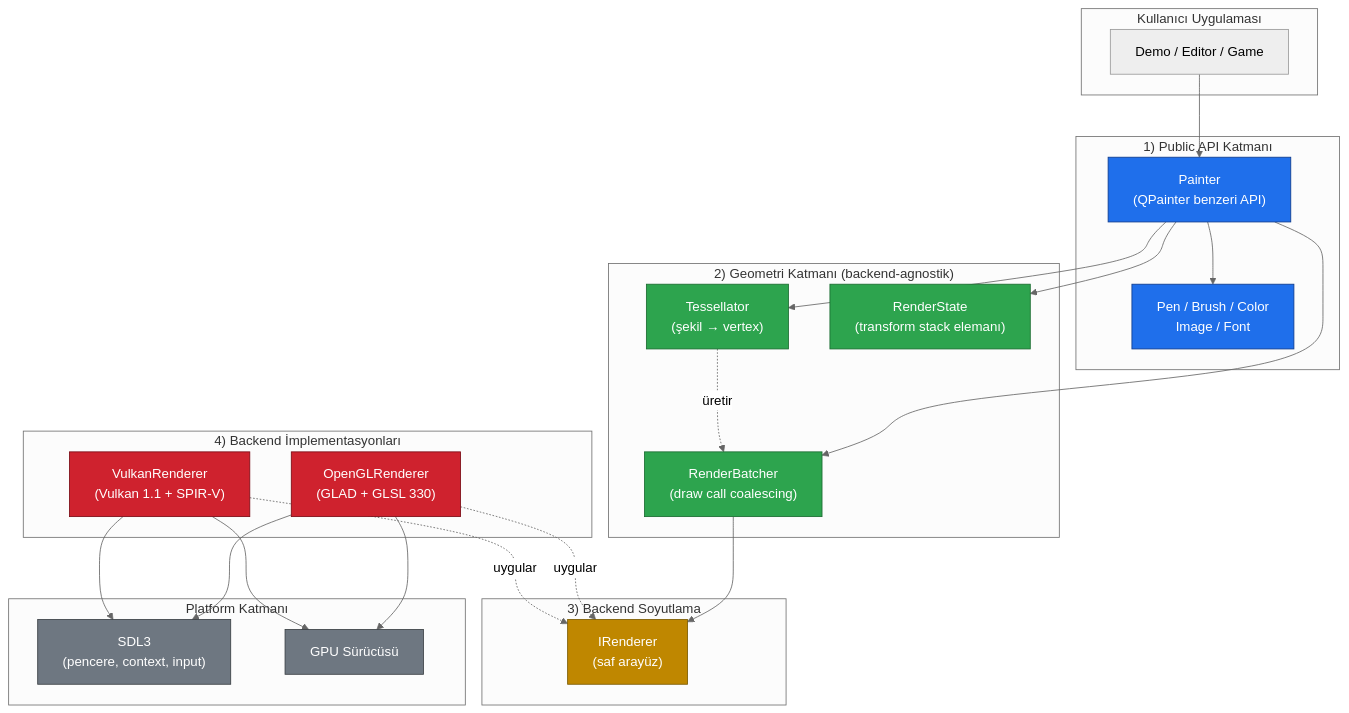
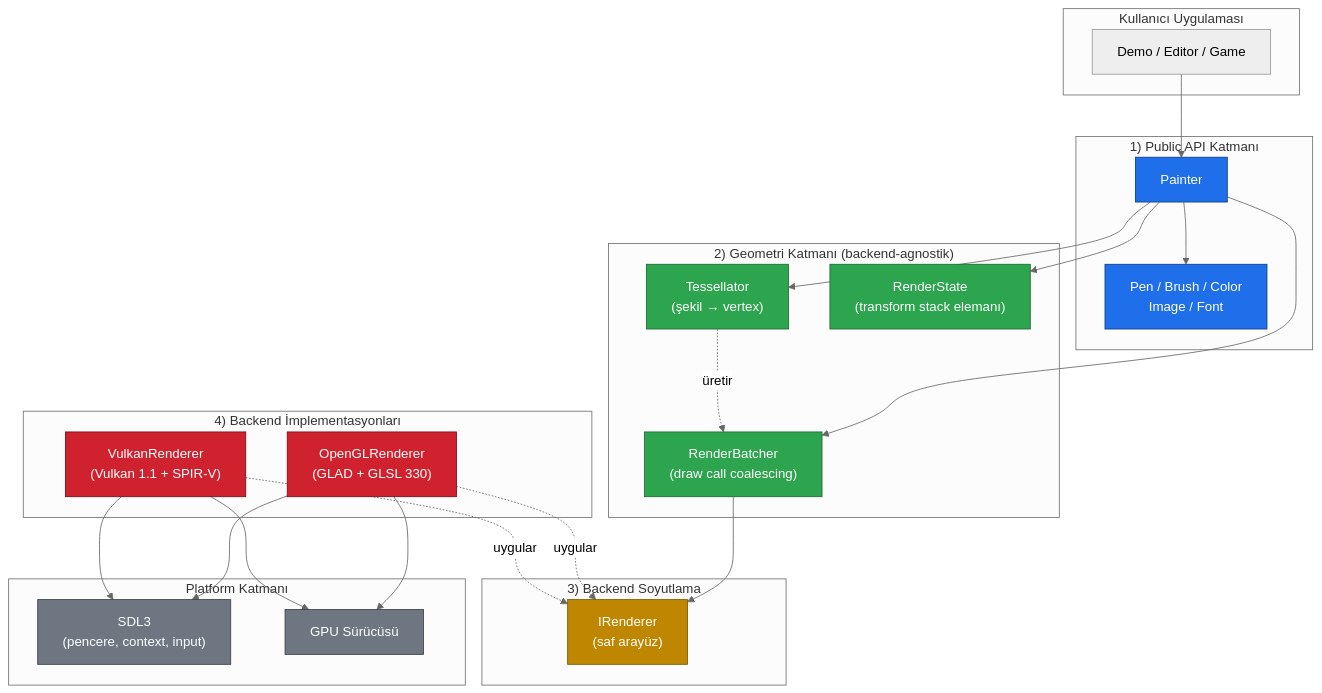
One commit to yazilimperver/sdl-painter changed the first of 4 diagrams in doc/mimari-genel-bakis.md. Above: the diagram before and after it, drawn with Mermaid (neutral theme). The commit also changed other lines of this file and 28 other files, not shown here.

````diff
--- a/doc/mimari-genel-bakis.md
+++ b/doc/mimari-genel-bakis.md
@@ -17,57 +17,57 @@
 ```mermaid
 flowchart TB
     subgraph user["Kullanıcı Uygulaması"]
         APP["Demo / Editor / Game"]
     end
 
     subgraph api["1) Public API Katmanı"]
-        PAINTER["Painter<br/>(QPainter benzeri API)"]
+        PAINTER["Painter<br/>"]
         STYLE["Pen / Brush / Color<br/>Image / Font"]
     end
 
     subgraph mid["2) Geometri Katmanı (backend-agnostik)"]
         TESS["Tessellator<br/>(şekil → vertex)"]
         STATE["RenderState<br/>(transform stack elemanı)"]
         BATCH["RenderBatcher<br/>(draw call coalescing)"]
     end
 
     subgraph backend["3) Backend Soyutlama"]
         IRENDER["IRenderer<br/>(saf arayüz)"]
     end
 
     subgraph impl["4) Backend İmplementasyonları"]
         OGL["OpenGLRenderer<br/>(GLAD + GLSL 330)"]
         VK["VulkanRenderer<br/>(Vulkan 1.1 + SPIR-V)"]
     end
 
     subgraph plat["Platform Katmanı"]
         SDL["SDL3<br/>(pencere, context, input)"]
         GPU["GPU Sürücüsü"]
     end
 
     APP --> PAINTER
     PAINTER --> STYLE
     PAINTER --> TESS
     PAINTER --> STATE
     PAINTER --> BATCH
     BATCH --> IRENDER
     TESS -.üretir.-> BATCH
     OGL -.uygular.-> IRENDER
     VK -.uygular.-> IRENDER
     OGL --> SDL
     VK --> SDL
     OGL --> GPU
     VK --> GPU
 
     classDef apiCls fill:#1f6feb,stroke:#0d3a8c,color:#fff
     classDef midCls fill:#2da44e,stroke:#1a6b30,color:#fff
     classDef backCls fill:#bf8700,stroke:#7a5a00,color:#fff
     classDef implCls fill:#cf222e,stroke:#7a0a14,color:#fff
     classDef platCls fill:#6e7781,stroke:#3a3f44,color:#fff
 
     class PAINTER,STYLE apiCls
     class TESS,STATE,BATCH midCls
     class IRENDER backCls
     class OGL,VK implCls
     class SDL,GPU platCls
 ```
````
